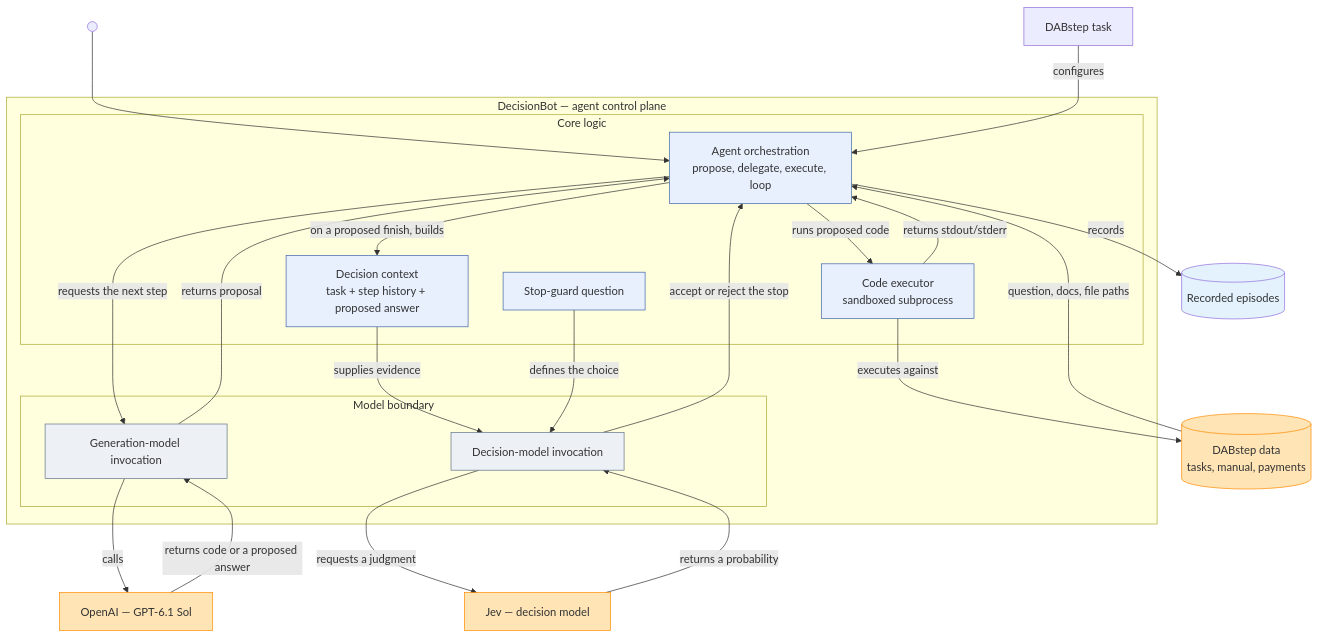
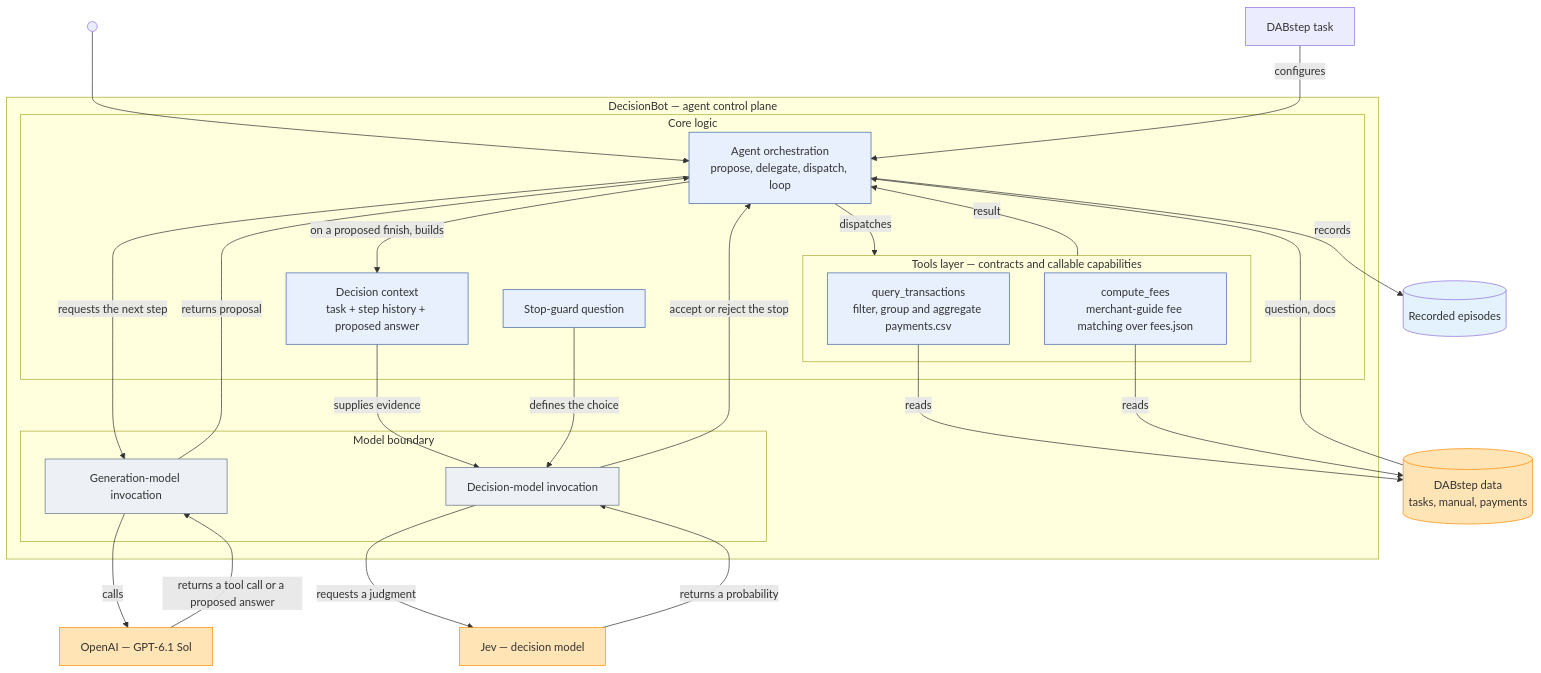
One commit to MaximeBoulat/DecisionBot changed the first of 3 diagrams in README.md. Above: the diagram before and after it, drawn with Mermaid. The commit also changed other lines of this file and 10 other files, not shown here.

Commit message:
Implementing proper tools layer

````diff
--- a/README.md
+++ b/README.md
@@ -13,45 +13,49 @@
 ```mermaid
 flowchart TB
     Start@{ shape: start }
     Task["DABstep task"]
     subgraph Plane["DecisionBot — agent control plane"]
         subgraph Core["Core logic"]
-            AgentLoop["Agent orchestration<br/>propose, delegate, execute, loop"]
+            AgentLoop["Agent orchestration<br/>propose, delegate, dispatch, loop"]
             Context["Decision context<br/>task + step history + proposed answer"]
             StopQ["Stop-guard question"]
-            Executor["Code executor<br/>sandboxed subprocess"]
+            subgraph Tools["Tools layer — contracts and callable capabilities"]
+                QueryTool["query_transactions<br/>filter, group and aggregate payments.csv"]
+                FeesTool["compute_fees<br/>merchant-guide fee matching over fees.json"]
+            end
         end
         subgraph Boundary["Model boundary"]
             GenAPI["Generation-model invocation"]
             DecisionAPI["Decision-model invocation"]
         end
     end
     OpenAI["OpenAI — GPT-6.1 Sol"]
     Jev["Jev — decision model"]
     Data[("DABstep data<br/>tasks, manual, payments")]
     Results[("Recorded episodes")]
     Start --> AgentLoop
     Task -->|"configures"| AgentLoop
-    Data -->|"question, docs, file paths"| AgentLoop
+    Data -->|"question, docs"| AgentLoop
     AgentLoop -->|"requests the next step"| GenAPI
     GenAPI -->|"calls"| OpenAI
-    OpenAI -->|"returns code or a proposed answer"| GenAPI
+    OpenAI -->|"returns a tool call or a proposed answer"| GenAPI
     GenAPI -->|"returns proposal"| AgentLoop
-    AgentLoop -->|"runs proposed code"| Executor
-    Executor -->|"executes against"| Data
-    Executor -->|"returns stdout/stderr"| AgentLoop
+    AgentLoop -->|"dispatches"| Tools
+    QueryTool -->|"reads"| Data
+    FeesTool -->|"reads"| Data
+    Tools -->|"result"| AgentLoop
     AgentLoop -->|"on a proposed finish, builds"| Context
     Context -->|"supplies evidence"| DecisionAPI
     StopQ -->|"defines the choice"| DecisionAPI
     DecisionAPI -->|"requests a judgment"| Jev
     Jev -->|"returns a probability"| DecisionAPI
     DecisionAPI -->|"accept or reject the stop"| AgentLoop
     AgentLoop -->|"records"| Results
     classDef core fill:#e8f0fe,stroke:#4267a9
     classDef boundary fill:#edf0f4,stroke:#63758a
     classDef external fill:#FFE4B5,stroke:#FF8C00
-    class AgentLoop,Context,StopQ,Executor core
+    class AgentLoop,Context,StopQ,QueryTool,FeesTool core
     class GenAPI,DecisionAPI boundary
     class OpenAI,Jev,Data external
     style Results fill:#E3F2FD
 ```
````
